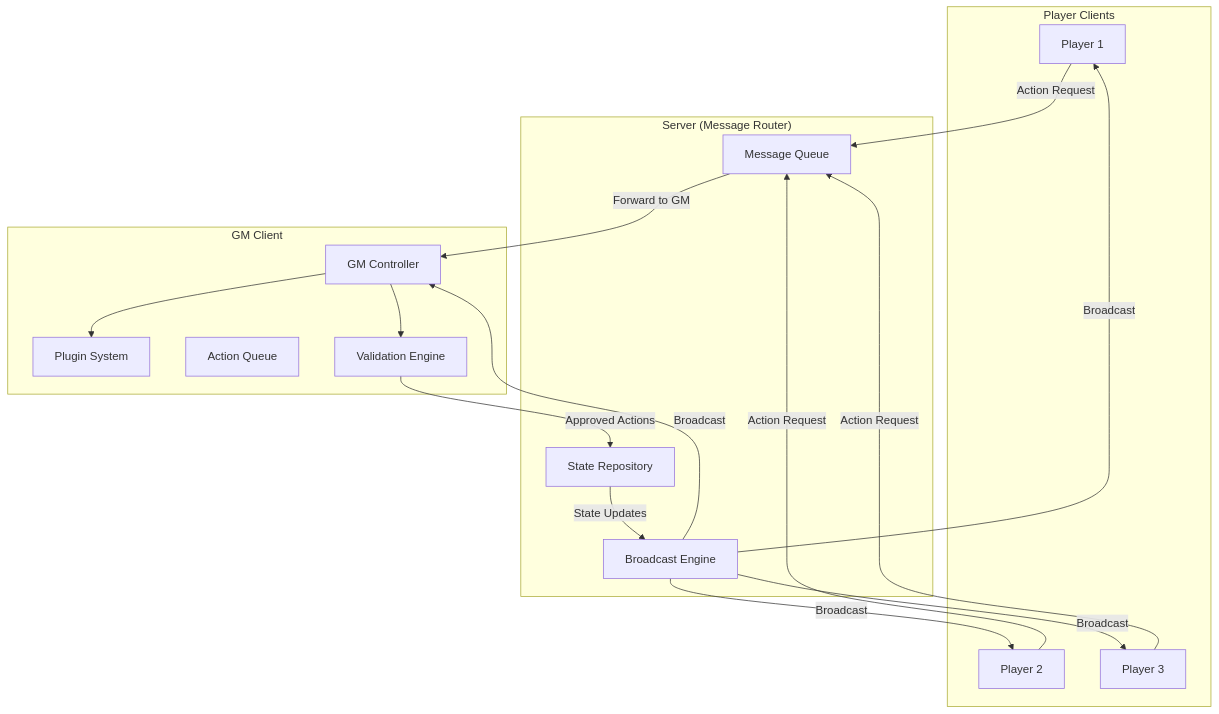
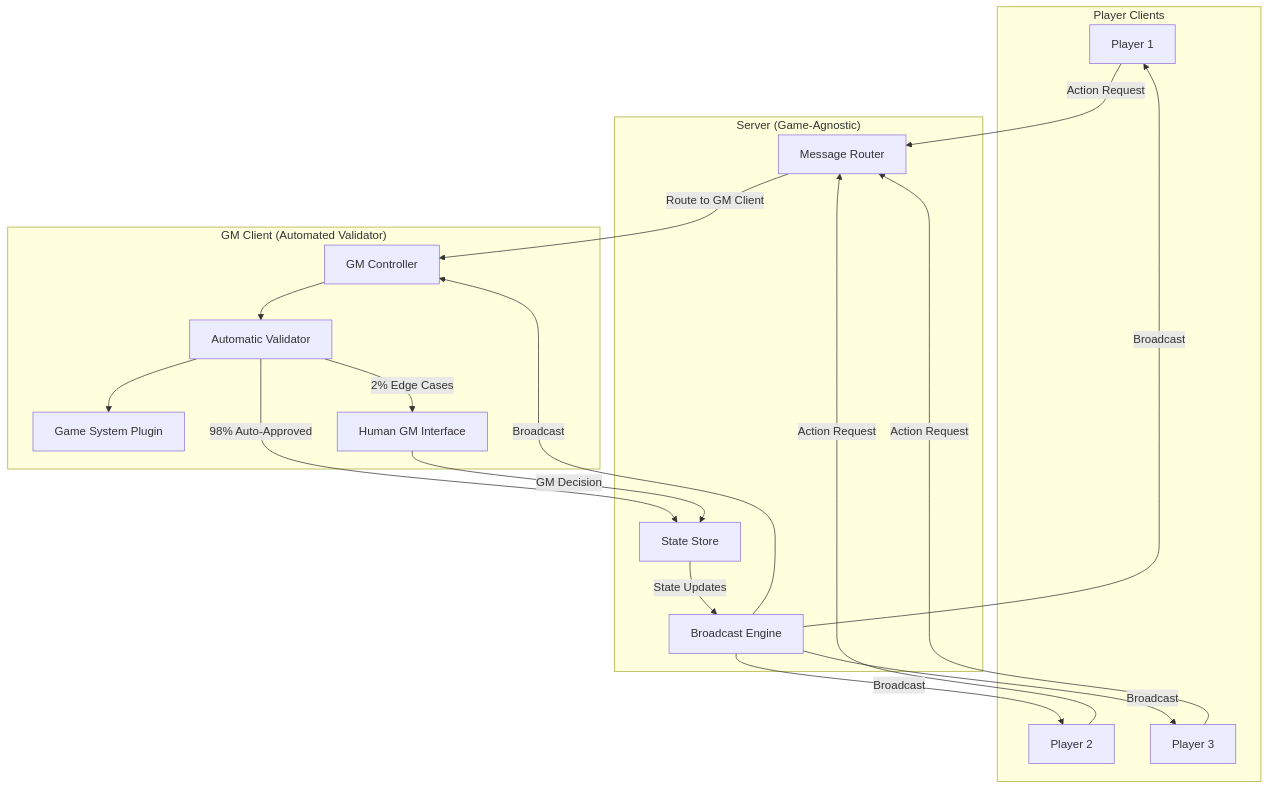
The first of 5 diagrams in docs/proposals/gm-authoritative-state-management.md (mixtli/dungeon-lab), drawn with Mermaid before and after one commit. The commit also changed other lines of this file and 11 other files, not shown here.

````diff
--- a/docs/proposals/gm-authoritative-state-management.md
+++ b/docs/proposals/gm-authoritative-state-management.md
@@ -25,35 +26,37 @@
 ```mermaid
 graph TB
     subgraph "Player Clients"
         P1[Player 1]
         P2[Player 2]
         P3[Player 3]
     end
     
-    subgraph "Server (Message Router)"
-        MQ[Message Queue]
-        SR[State Repository]
+    subgraph "Server (Game-Agnostic)"
+        MQ[Message Router]
+        SR[State Store]
         BR[Broadcast Engine]
     end
     
-    subgraph "GM Client"
+    subgraph "GM Client (Automated Validator)"
         GC[GM Controller]
-        PL[Plugin System]
-        AQ[Action Queue]
-        VE[Validation Engine]
+        PL[Game System Plugin]
+        AV[Automatic Validator]
+        HGM[Human GM Interface]
     end
     
     P1 -->|Action Request| MQ
     P2 -->|Action Request| MQ
     P3 -->|Action Request| MQ
     
-    MQ -->|Forward to GM| GC
-    GC --> PL
-    GC --> VE
-    VE -->|Approved Actions| SR
+    MQ -->|Route to GM Client| GC
+    GC --> AV
+    AV --> PL
+    AV -->|98% Auto-Approved| SR
+    AV -->|2% Edge Cases| HGM
+    HGM -->|GM Decision| SR
     SR -->|State Updates| BR
     BR -->|Broadcast| P1
     BR -->|Broadcast| P2
     BR -->|Broadcast| P3
     BR -->|Broadcast| GC
 ```
````
